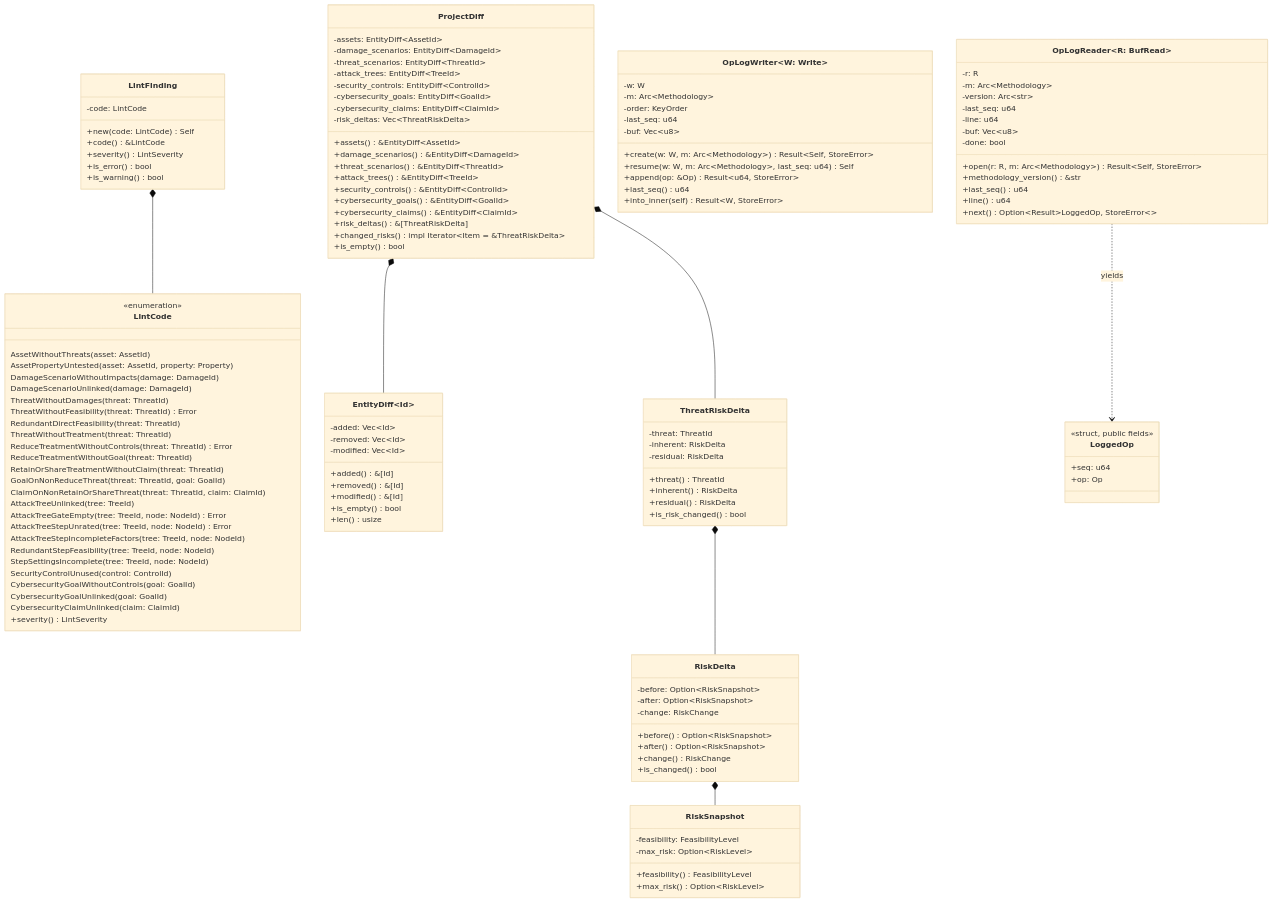
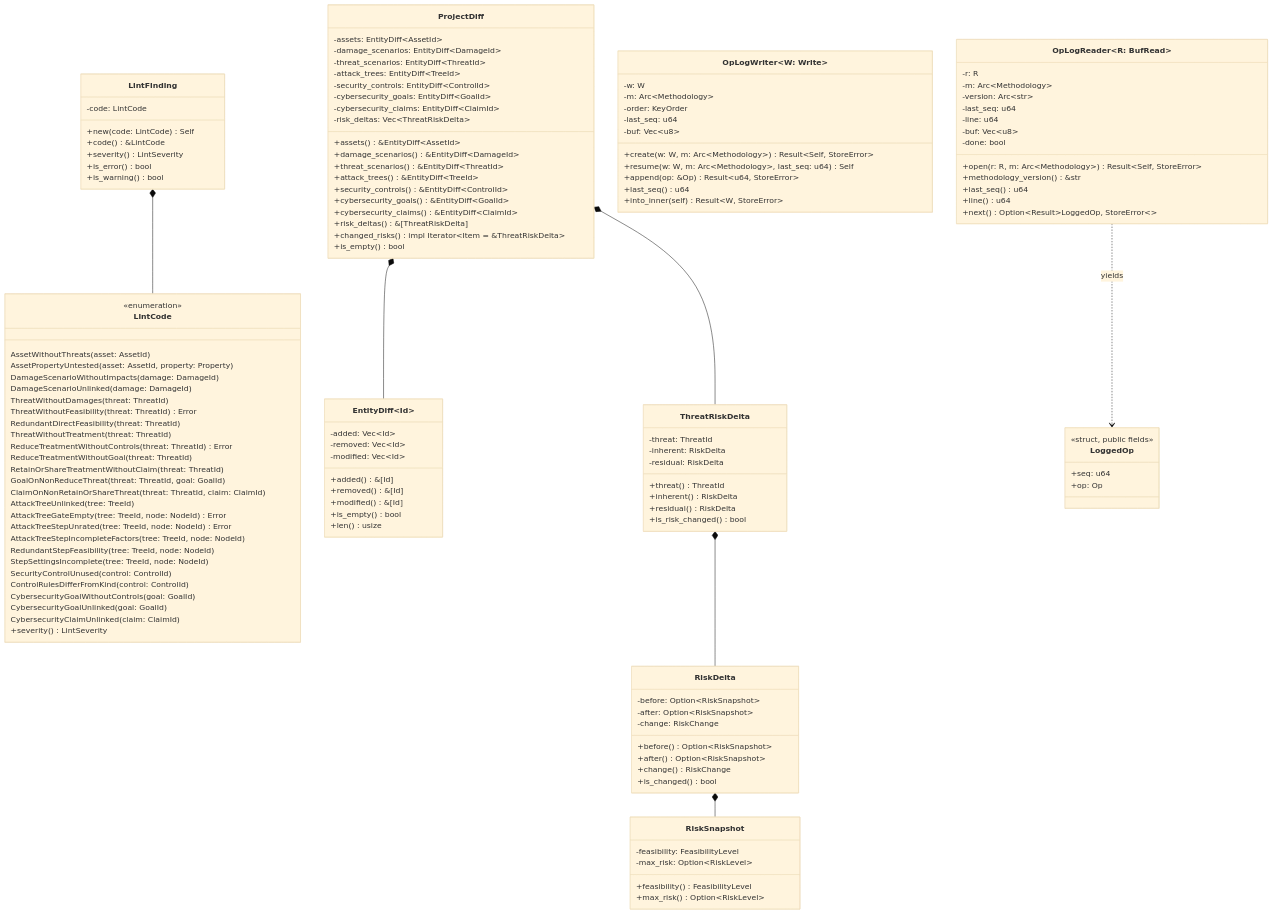
One commit to eNipu/AegisTARA changed the sixth of 29 diagrams in docs/architecture.md. Above: the diagram before and after it, drawn with Mermaid (base theme). The commit also changed other lines of this file and 3 other files, not shown here.

```diff
--- a/docs/architecture.md
+++ b/docs/architecture.md
@@ -794,6 +794,7 @@
         RedundantStepFeasibility(tree: TreeId, node: NodeId)
         StepSettingsIncomplete(tree: TreeId, node: NodeId)
         SecurityControlUnused(control: ControlId)
+        ControlRulesDifferFromKind(control: ControlId)
         CybersecurityGoalWithoutControls(goal: GoalId)
         CybersecurityGoalUnlinked(goal: GoalId)
         CybersecurityClaimUnlinked(claim: ClaimId)
```
